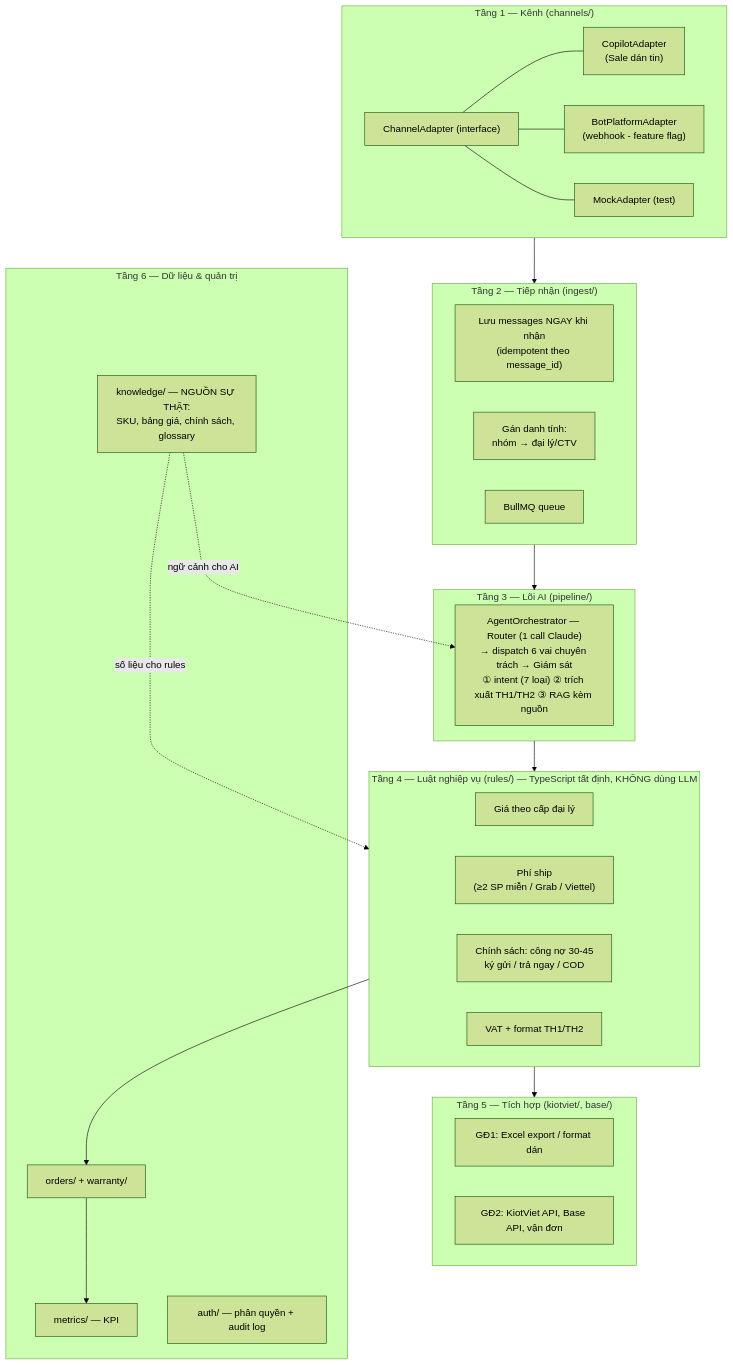
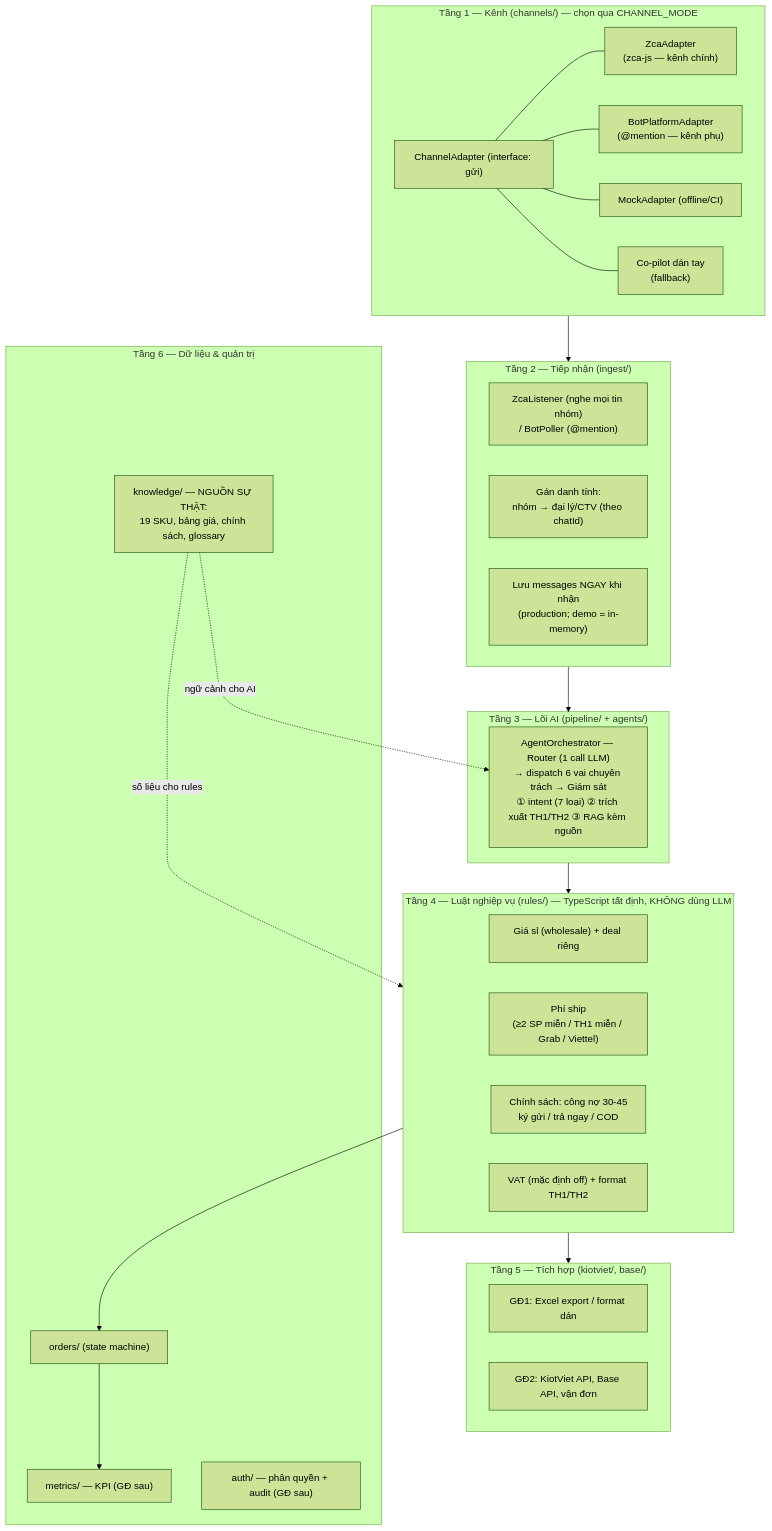
One commit to phungtienviet14-sketch/nexagnet-platform changed the second of 8 diagrams in docs/so-do-he-thong.md. Above: the diagram before and after it, drawn with Mermaid (forest theme). The commit also changed other lines of this file and 8 other files, not shown here.

````diff
--- a/docs/so-do-he-thong.md
+++ b/docs/so-do-he-thong.md
@@ -44,47 +45,49 @@
 ```mermaid
 flowchart TB
-    subgraph L1["Tầng 1 — Kênh (channels/)"]
-        CA["ChannelAdapter (interface)"]
-        COP["CopilotAdapter<br/>(Sale dán tin)"]
-        BOT["BotPlatformAdapter<br/>(webhook - feature flag)"]
-        MOCK["MockAdapter (test)"]
-        CA --- COP
+    subgraph L1["Tầng 1 — Kênh (channels/) — chọn qua CHANNEL_MODE"]
+        CA["ChannelAdapter (interface: gửi)"]
+        ZCA["ZcaAdapter<br/>(zca-js — kênh chính)"]
+        BOT["BotPlatformAdapter<br/>(@mention — kênh phụ)"]
+        MOCK["MockAdapter (offline/CI)"]
+        COP["Co-pilot dán tay<br/>(fallback)"]
+        CA --- ZCA
         CA --- BOT
         CA --- MOCK
+        CA --- COP
     end
 
     subgraph L2["Tầng 2 — Tiếp nhận (ingest/)"]
-        SAVE["Lưu messages NGAY khi nhận<br/>(idempotent theo message_id)"]
-        IDENT["Gán danh tính:<br/>nhóm → đại lý/CTV"]
-        Q["BullMQ queue"]
+        LIS["ZcaListener (nghe mọi tin nhóm)<br/>/ BotPoller (@mention)"]
+        IDENT["Gán danh tính:<br/>nhóm → đại lý/CTV (theo chatId)"]
+        SAVE["Lưu messages NGAY khi nhận<br/>(production; demo = in-memory)"]
     end
 
-    subgraph L3["Tầng 3 — Lõi AI (pipeline/)"]
-        ORCH["AgentOrchestrator — Router (1 call Claude)<br/>→ dispatch 6 vai chuyên trách → Giám sát<br/>① intent (7 loại) ② trích xuất TH1/TH2 ③ RAG kèm nguồn"]
+    subgraph L3["Tầng 3 — Lõi AI (pipeline/ + agents/)"]
+        ORCH["AgentOrchestrator — Router (1 call LLM)<br/>→ dispatch 6 vai chuyên trách → Giám sát<br/>① intent (7 loại) ② trích xuất TH1/TH2 ③ RAG kèm nguồn"]
     end
 
     subgraph L4["Tầng 4 — Luật nghiệp vụ (rules/) — TypeScript tất định, KHÔNG dùng LLM"]
-        PRICE["Giá theo cấp đại lý"]
-        SHIPR["Phí ship<br/>(≥2 SP miễn / Grab / Viettel)"]
+        PRICE["Giá sỉ (wholesale) + deal riêng"]
+        SHIPR["Phí ship<br/>(≥2 SP miễn / TH1 miễn / Grab / Viettel)"]
         POL["Chính sách: công nợ 30-45<br/>ký gửi / trả ngay / COD"]
-        VAT["VAT + format TH1/TH2"]
+        VAT["VAT (mặc định off) + format TH1/TH2"]
     end
 
     subgraph L5["Tầng 5 — Tích hợp (kiotviet/, base/)"]
         XLS["GĐ1: Excel export / format dán"]
         APIS["GĐ2: KiotViet API, Base API, vận đơn"]
     end
 
     subgraph L6["Tầng 6 — Dữ liệu & quản trị"]
-        KNOW["knowledge/ — NGUỒN SỰ THẬT:<br/>SKU, bảng giá, chính sách, glossary"]
-        ORD["orders/ + warranty/"]
-        MET["metrics/ — KPI"]
-        AUTH["auth/ — phân quyền + audit log"]
+        KNOW["knowledge/ — NGUỒN SỰ THẬT:<br/>19 SKU, bảng giá, chính sách, glossary"]
+        ORD["orders/ (state machine)"]
+        MET["metrics/ — KPI (GĐ sau)"]
+        AUTH["auth/ — phân quyền + audit (GĐ sau)"]
     end
 
     L1 --> L2 --> L3 --> L4 --> L5
     KNOW -.->|"ngữ cảnh cho AI"| ORCH
     KNOW -.->|"số liệu cho rules"| L4
     L4 --> ORD
     ORD --> MET
 ```
````
